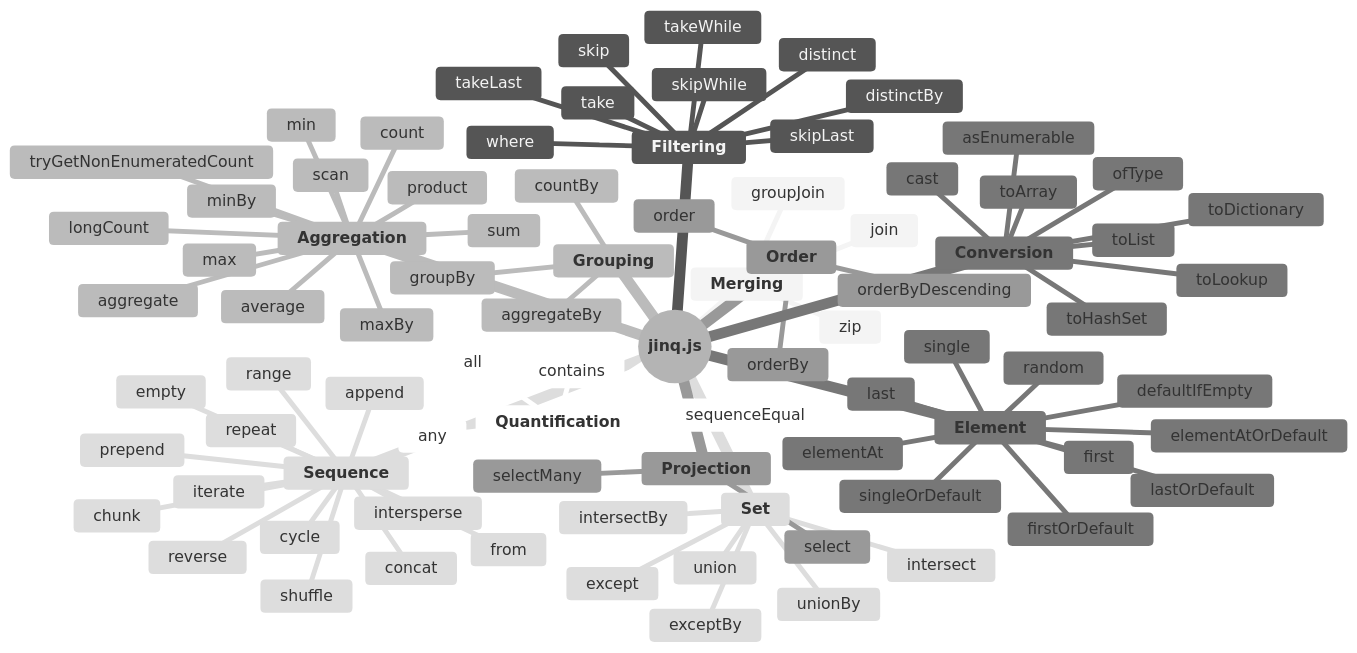
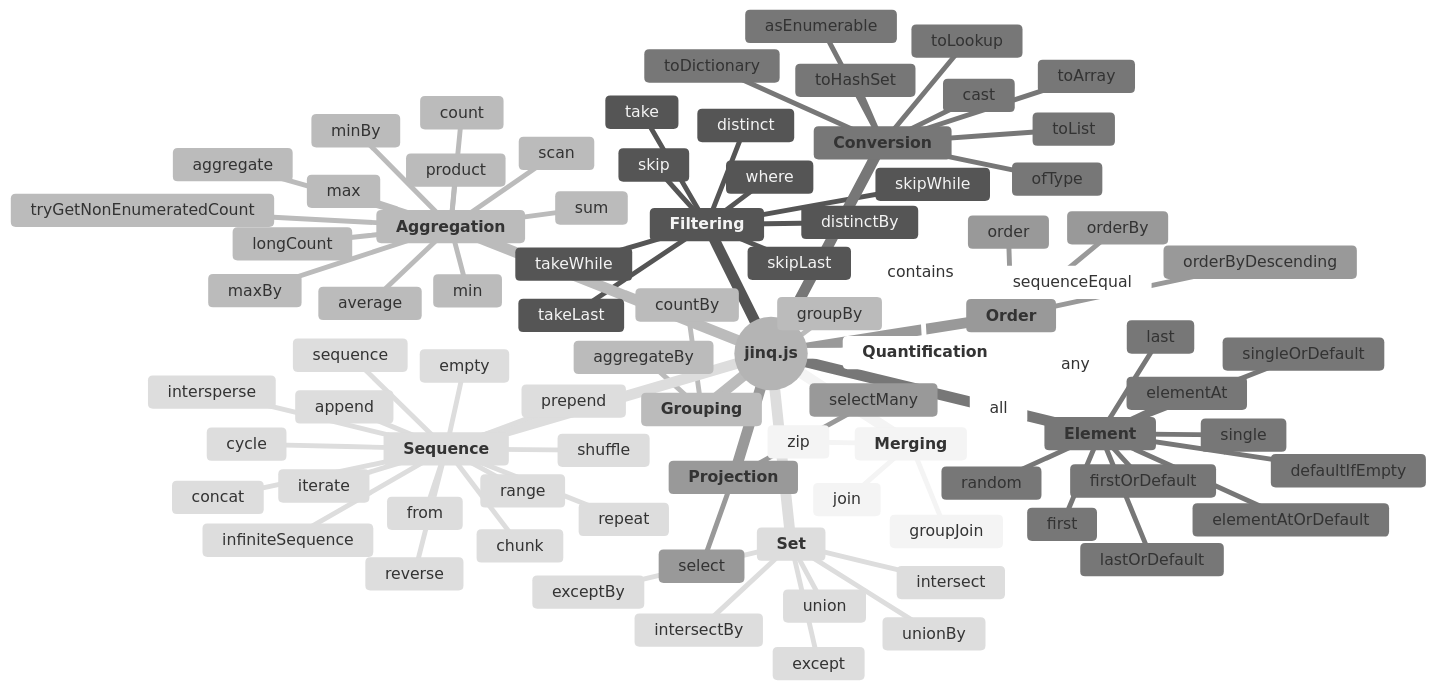
Before and after one commit to A1rPun/jinq.js: the diagram in README.md, drawn with Mermaid (neutral theme). The commit also changed other lines of this file and 7 other files, not shown here.

Commit message:
:sparkles: Add sequence & infiniteSequence

```diff
--- a/README.md
+++ b/README.md
@@ -289,12 +293,14 @@
       cycle
       empty
       from
+      infiniteSequence
       intersperse
       iterate
       prepend
       range
       repeat
       reverse
+      sequence
       shuffle
     **Quantification**
       all
```
